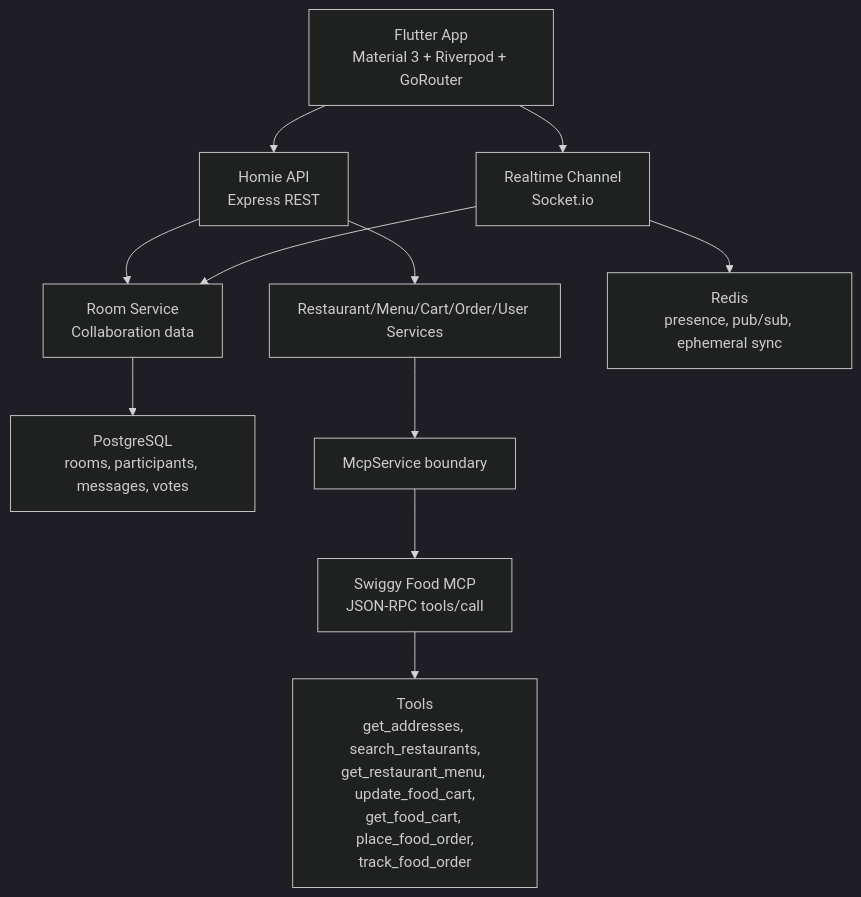
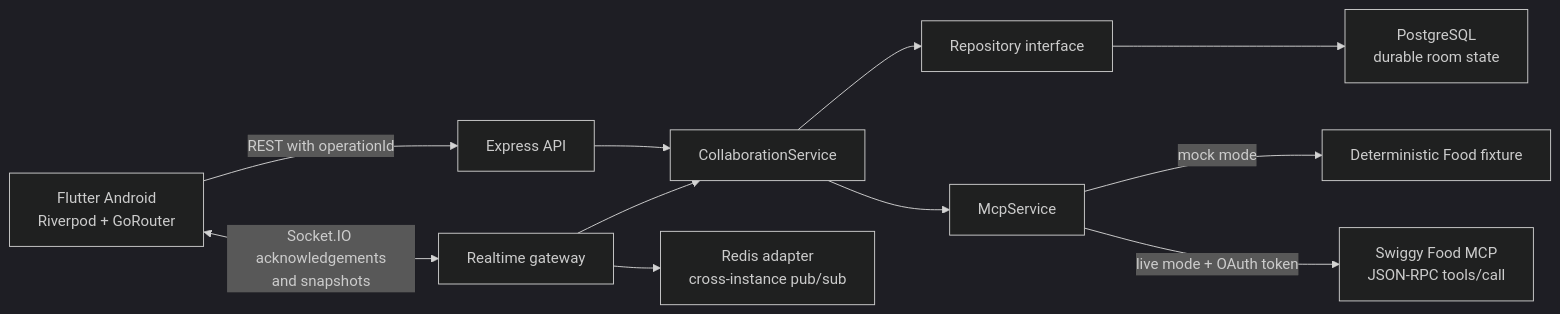
Before and after one commit to Galabavamsi/homie: the diagram in docs/ARCHITECTURE.md, drawn with Mermaid (dark theme). The commit also changed other lines of this file and 65 other files, not shown here.

````diff
--- a/docs/ARCHITECTURE.md
+++ b/docs/ARCHITECTURE.md
@@ -3,13 +3,13 @@
 ```mermaid
-flowchart TD
-  A["Flutter App\nMaterial 3 + Riverpod + GoRouter"] --> B["Homie API\nExpress REST"]
-  A --> C["Realtime Channel\nSocket.io"]
-  B --> D["Room Service\nCollaboration data"]
-  B --> E["Restaurant/Menu/Cart/Order/User Services"]
+flowchart LR
+  A["Flutter Android\nRiverpod + GoRouter"] -->|"REST with operationId"| B["Express API"]
+  A <-->|"Socket.IO acknowledgements\nand snapshots"| C["Realtime gateway"]
+  B --> D["CollaborationService"]
   C --> D
-  D --> F["PostgreSQL\nrooms, participants, messages, votes"]
-  C --> G["Redis\npresence, pub/sub, ephemeral sync"]
-  E --> H["McpService boundary"]
-  H --> I["Swiggy Food MCP\nJSON-RPC tools/call"]
-  I --> J["Tools\nget_addresses, search_restaurants,\nget_restaurant_menu, update_food_cart,\nget_food_cart, place_food_order,\ntrack_food_order"]
+  D --> E["Repository interface"]
+  E --> F["PostgreSQL\ndurable room state"]
+  C --> G["Redis adapter\ncross-instance pub/sub"]
+  D --> H["McpService"]
+  H -->|"mock mode"| I["Deterministic Food fixture"]
+  H -->|"live mode + OAuth token"| J["Swiggy Food MCP\nJSON-RPC tools/call"]
 ```
````
